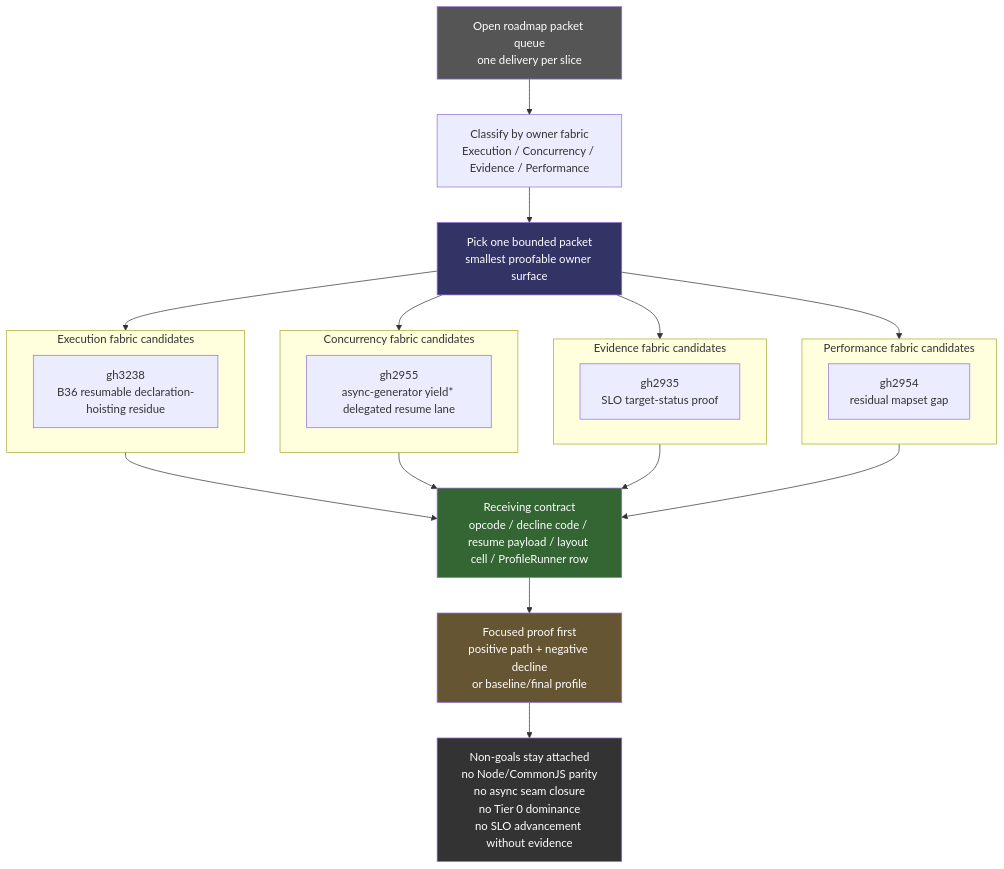
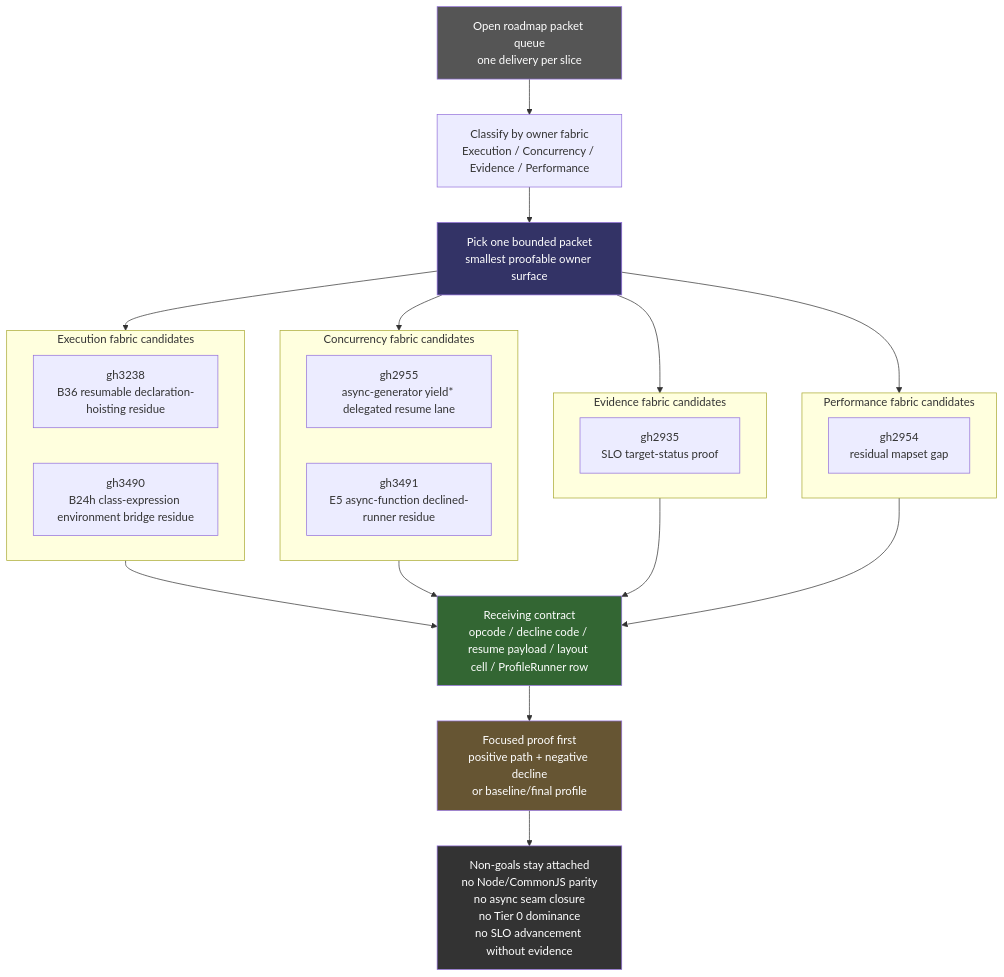
Diagram 36 of 38 in docs/dreaming.md (asynkron/Asynkron.JsEngine), drawn with Mermaid before and after one commit. The commit also changed other lines of this file, not shown here.

Commit message:
docs: refresh Dreamer roadmap packet selector

````diff
--- a/docs/dreaming.md
+++ b/docs/dreaming.md
@@ -1460,43 +1460,45 @@
 ```mermaid
 flowchart TD
     QUEUE["Open roadmap packet queue\none delivery per slice"]
     CLASSIFY["Classify by owner fabric\nExecution / Concurrency / Evidence / Performance"]
     PICK["Pick one bounded packet\nsmallest proofable owner surface"]
 
     subgraph Execution["Execution fabric candidates"]
         G3238["gh3238\nB36 resumable declaration-hoisting residue"]
+        G3490["gh3490\nB24h class-expression environment bridge residue"]
     end
 
     subgraph Concurrency["Concurrency fabric candidates"]
         G2955["gh2955\nasync-generator yield* delegated resume lane"]
+        G3491["gh3491\nE5 async-function declined-runner residue"]
     end
 
     subgraph Evidence["Evidence fabric candidates"]
         G2935["gh2935\nSLO target-status proof"]
     end
 
     subgraph Perf["Performance fabric candidates"]
         G2954["gh2954\nresidual mapset gap"]
     end
 
     CONTRACT["Receiving contract\nopcode / decline code / resume payload / layout cell / ProfileRunner row"]
     PROOF["Focused proof first\npositive path + negative decline\nor baseline/final profile"]
     NONCLAIM["Non-goals stay attached\nno Node/CommonJS parity\nno async seam closure\nno Tier 0 dominance\nno SLO advancement without evidence"]
 
     QUEUE --> CLASSIFY --> PICK
     PICK --> Execution
     PICK --> Concurrency
     PICK --> Evidence
     PICK --> Perf
     Execution --> CONTRACT
     Concurrency --> CONTRACT
     Evidence --> CONTRACT
     Perf --> CONTRACT
     CONTRACT --> PROOF --> NONCLAIM
 
     style QUEUE fill:#555,color:#fff
     style PICK fill:#336,color:#fff
     style CONTRACT fill:#363,color:#fff
     style PROOF fill:#653,color:#fff
     style NONCLAIM fill:#333,color:#fff
 ```
````
